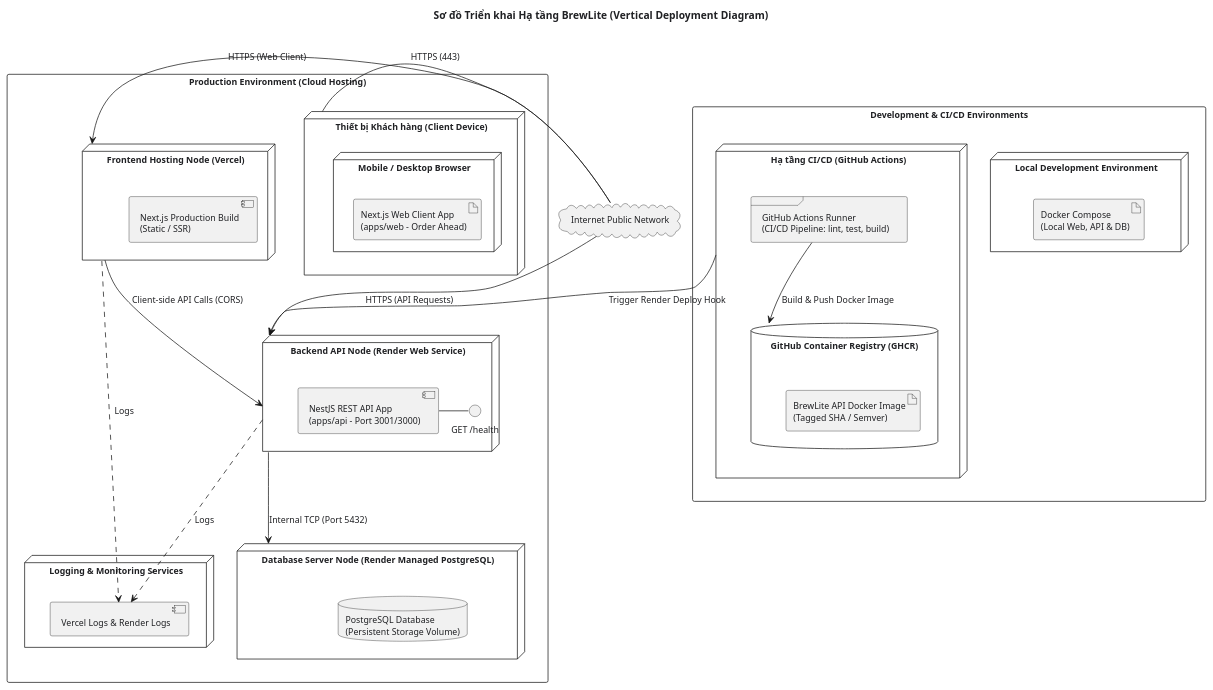
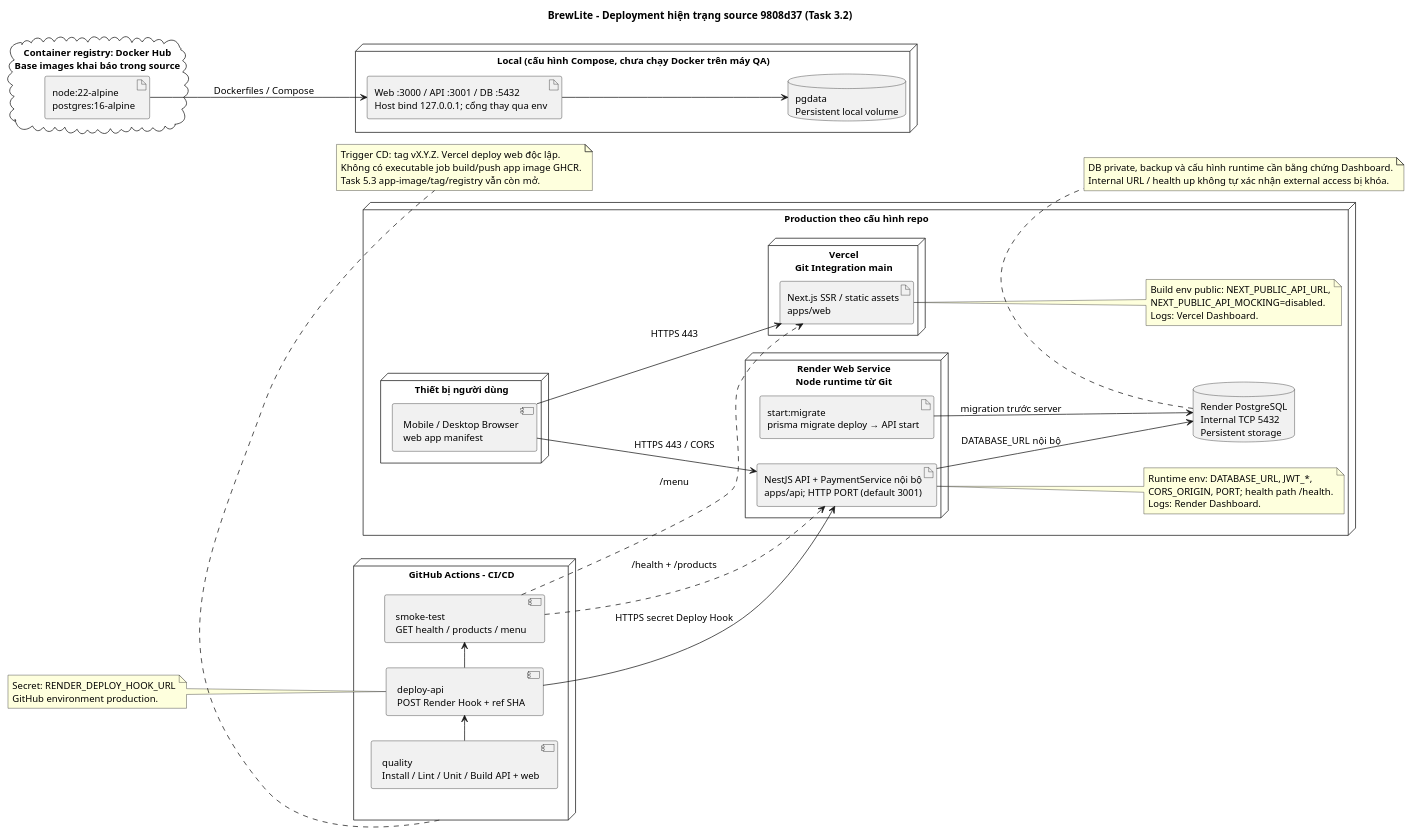
Before and after one commit to Nashando/BrewLite-SWE-project: the diagram in docs/diagrams/deployment-diagram.puml, drawn with PlantUML. The commit also changed 50 other files, not shown here.

Commit message:
docs: publish Sprint Review, traceability and updated diagrams

```diff
--- a/docs/diagrams/deployment-diagram.puml
+++ b/docs/diagrams/deployment-diagram.puml
@@ -1,78 +1,67 @@
-@startuml Deployment Diagram - BrewLite Production Environment (Vertical)
+@startuml deployment-diagram
+title BrewLite - Deployment hiện trạng source 9808d37 (Task 3.2)
+left to right direction
+skinparam shadowing false
+skinparam defaultFontName Arial
+skinparam defaultFontSize 13
 
-skinparam BackgroundColor #FFFFFF
-skinparam Shadowing false
-skinparam DefaultFontName "Arial"
-skinparam DefaultFontSize 12
-skinparam DefaultFontColor #202124
-skinparam ranksep 40
-skinparam nodesep 40
-
-skinparam componentStyle uml2 
-skinparam frameStyle rectangle 
-
-top to bottom direction
-
-title Sơ đồ Triển khai Hạ tầng BrewLite (Vertical Deployment Diagram) 
-
-cloud "Internet Public Network" as internet 
-
-' --- 1. MÔI TRƯỜNG LOCAL & CI/CD ---
-rectangle "Development & CI/CD Environments" {
-    node "Local Development Environment" as local_env {
-        artifact "Docker Compose\n(Local Web, API & DB)" as local_docker
-    }
-
-    node "Hạ tầng CI/CD (GitHub Actions)" as github_env { 
-        frame "GitHub Actions Runner\n(CI/CD Pipeline: lint, test, build)" as gh_actions 
-        database "GitHub Container Registry (GHCR)" as ghcr { 
-            artifact "BrewLite API Docker Image\n(Tagged SHA / Semver)" as docker_img 
-        } 
-    }
+cloud "Container registry: Docker Hub\nBase images khai báo trong source" as registry {
+  artifact "node:22-alpine\npostgres:16-alpine" as baseimages
 }
-
-' --- 2. MÔI TRƯỜNG PRODUCTION ---
-rectangle "Production Environment (Cloud Hosting)" {
-    node "Thiết bị Khách hàng (Client Device)" as user_device { 
-        node "Mobile / Desktop Browser" as browser { 
-            artifact "Next.js Web Client App\n(apps/web - Order Ahead)" as next_client 
-        } 
-    } 
-
-    node "Frontend Hosting Node (Vercel)" as fe_node { 
-        component "Next.js Production Build\n(Static / SSR)" as fe_app 
-    } 
-    
-    node "Backend API Node (Render Web Service)" as be_node { 
-        component "NestJS REST API App\n(apps/api - Port 3001/3000)" as be_api 
-        interface "GET /health" as health_endpoint 
-        be_api - health_endpoint 
-    } 
-    
-    node "Database Server Node (Render Managed PostgreSQL)" as db_node { 
-        database "PostgreSQL Database\n(Persistent Storage Volume)" as postgres_db 
-    }
-
-    node "Logging & Monitoring Services" as log_node {
-        component "Vercel Logs & Render Logs" as cloud_logs
-    }
+node "Local (cấu hình Compose, chưa chạy Docker trên máy QA)" {
+  artifact "Web :3000 / API :3001 / DB :5432\nHost bind 127.0.0.1; cổng thay qua env" as localapps
+  database "pgdata\nPersistent local volume" as localdata
 }
-
-' --- KẾT NỐI MẠNG & GIAO THỨC ---
-user_device -- internet : HTTPS (443) 
-internet --> fe_node : HTTPS (Web Client) 
-internet --> be_node : HTTPS (API Requests) 
-
-' Internal Service Connections 
-fe_node --> be_node : Client-side API Calls (CORS) 
-be_node --> db_node : Internal TCP (Port 5432) 
-
-' CI/CD Pipeline Flow 
-gh_actions --> ghcr : Build & Push Docker Image
-github_env --> be_node : Trigger Render Deploy Hook
-
-' Log Collection Connections
-fe_node ..> cloud_logs : Logs
-be_node ..> cloud_logs : Logs
-
+node "GitHub Actions - CI/CD" as ci {
+  component "quality\nInstall / Lint / Unit / Build API + web" as quality
+  component "deploy-api\nPOST Render Hook + ref SHA" as deploy
+  component "smoke-test\nGET health / products / menu" as smoke
+  quality -right-> deploy
+  deploy -right-> smoke
+}
+node "Production theo cấu hình repo" {
+  node "Thiết bị người dùng" {
+    component "Mobile / Desktop Browser\nweb app manifest" as browser
+  }
+  node "Vercel\nGit Integration main" {
+    artifact "Next.js SSR / static assets\napps/web" as web
+  }
+  node "Render Web Service\nNode runtime từ Git" {
+    artifact "NestJS API + PaymentService nội bộ\napps/api; HTTP PORT (default 3001)" as api
+    artifact "start:migrate\nprisma migrate deploy → API start" as migrate
+  }
+  database "Render PostgreSQL\nInternal TCP 5432\nPersistent storage" as db
+  browser -down-> web : HTTPS 443
+  browser -down-> api : HTTPS 443 / CORS
+  api -right-> db : DATABASE_URL nội bộ
+  migrate --> db : migration trước server
+  note right of web
+    Build env public: NEXT_PUBLIC_API_URL,
+    NEXT_PUBLIC_API_MOCKING=disabled.
+    Logs: Vercel Dashboard.
+  end note
+  note right of api
+    Runtime env: DATABASE_URL, JWT_*,
+    CORS_ORIGIN, PORT; health path /health.
+    Logs: Render Dashboard.
+  end note
+}
+baseimages --> localapps : Dockerfiles / Compose
+localapps --> localdata
+deploy --> api : HTTPS secret Deploy Hook
+smoke ..> api : /health + /products
+smoke ..> web : /menu
+note left of deploy
+  Secret: RENDER_DEPLOY_HOOK_URL
+  GitHub environment production.
+end note
+note bottom of ci
+  Trigger CD: tag vX.Y.Z. Vercel deploy web độc lập.
+  Không có executable job build/push app image GHCR.
+  Task 5.3 app-image/tag/registry vẫn còn mở.
+end note
+note bottom of db
+  DB private, backup và cấu hình runtime cần bằng chứng Dashboard.
+  Internal URL / health up không tự xác nhận external access bị khóa.
+end note
 @enduml
```
